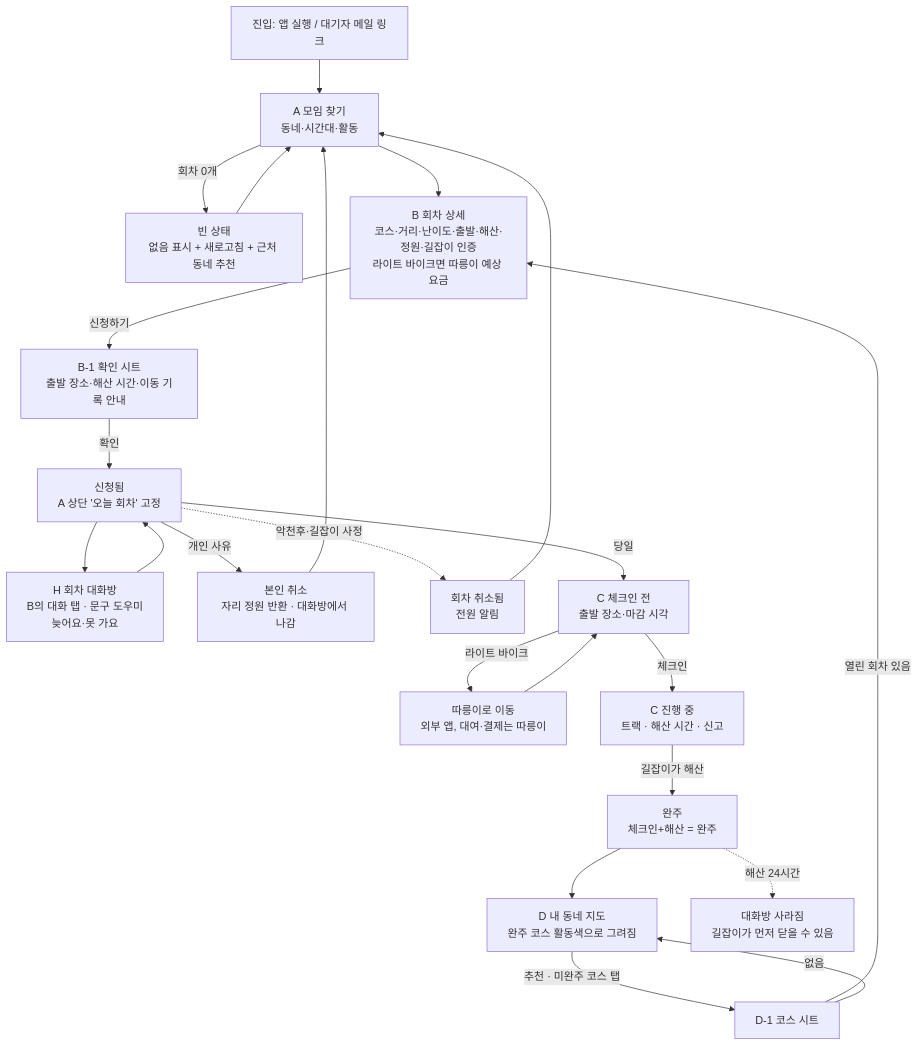
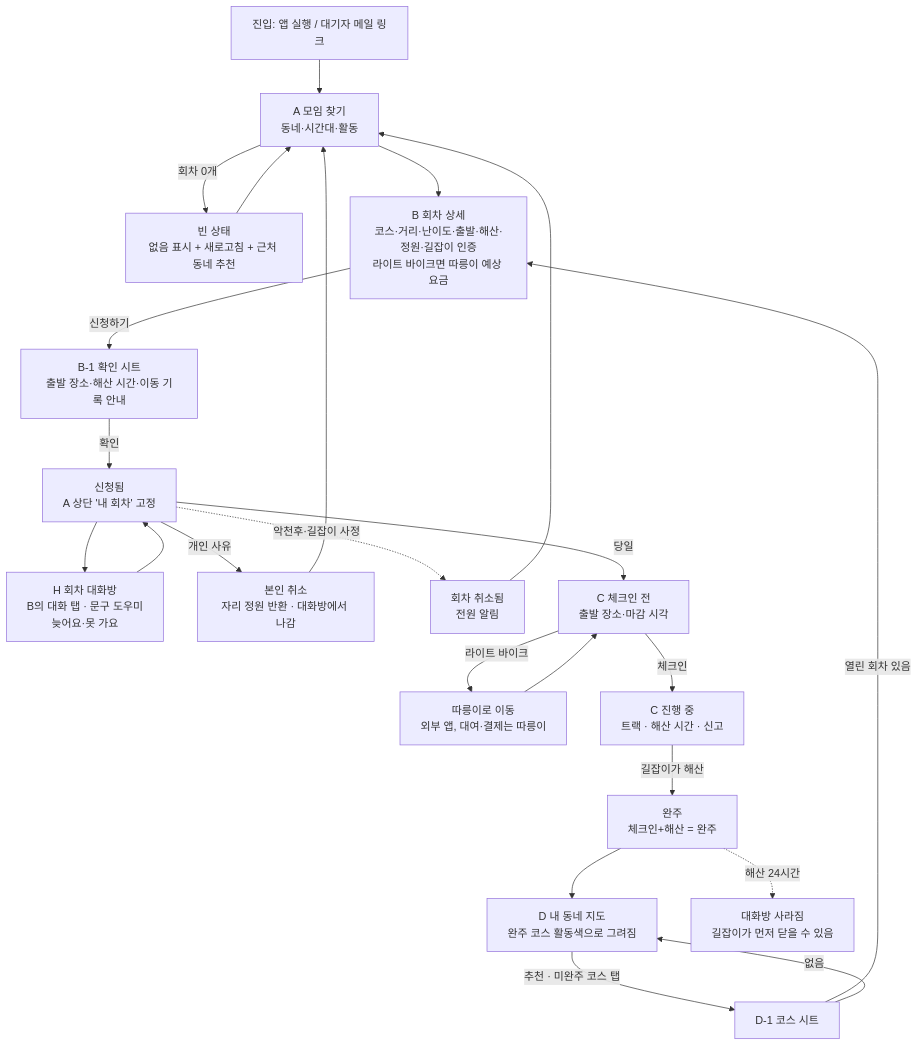
One commit to jinhwan-ship-it/after-crew changed the diagram in flows/participant.md. Above: the diagram before and after it, drawn with Mermaid. The commit also changed other lines of this file and 77 other files, not shown here.

````diff
--- a/flows/participant.md
+++ b/flows/participant.md
@@ -6,25 +6,25 @@
 ```mermaid
 flowchart TD
   IN[진입: 앱 실행 / 대기자 메일 링크] --> A[A 모임 찾기<br/>동네·시간대·활동]
   A -- 회차 0개 --> A0[빈 상태<br/>없음 표시 + 새로고침 + 근처 동네 추천]
   A0 --> A
   A --> B[B 회차 상세<br/>코스·거리·난이도·출발·해산·정원·길잡이 인증<br/>라이트 바이크면 따릉이 예상 요금]
   B -- 신청하기 --> B1[B-1 확인 시트<br/>출발 장소·해산 시간·이동 기록 안내]
-  B1 -- 확인 --> S[신청됨<br/>A 상단 '오늘 회차' 고정]
+  B1 -- 확인 --> S[신청됨<br/>A 상단 '내 회차' 고정]
   S --> H[H 회차 대화방<br/>B의 대화 탭 · 문구 도우미<br/>늦어요·못 가요]
   H --> S
   S -- 개인 사유 --> CX[본인 취소<br/>자리 정원 반환 · 대화방에서 나감]
   CX --> A
   S -. 악천후·길잡이 사정 .-> RC[회차 취소됨<br/>전원 알림]
   RC --> A
   S -- 당일 --> C0[C 체크인 전<br/>출발 장소·마감 시각]
   C0 -- 라이트 바이크 --> BK[따릉이로 이동<br/>외부 앱, 대여·결제는 따릉이]
   BK --> C0
   C0 -- 체크인 --> C1[C 진행 중<br/>트랙 · 해산 시간 · 신고]
   C1 -- 길잡이가 해산 --> C2[완주<br/>체크인+해산 = 완주]
   C2 --> D[D 내 동네 지도<br/>완주 코스 활동색으로 그려짐]
   C2 -. 해산 24시간 .-> HX[대화방 사라짐<br/>길잡이가 먼저 닫을 수 있음]
   D -- 추천 · 미완주 코스 탭 --> D1[D-1 코스 시트]
   D1 -- 열린 회차 있음 --> B
   D1 -- 없음 --> D
 ```
````
